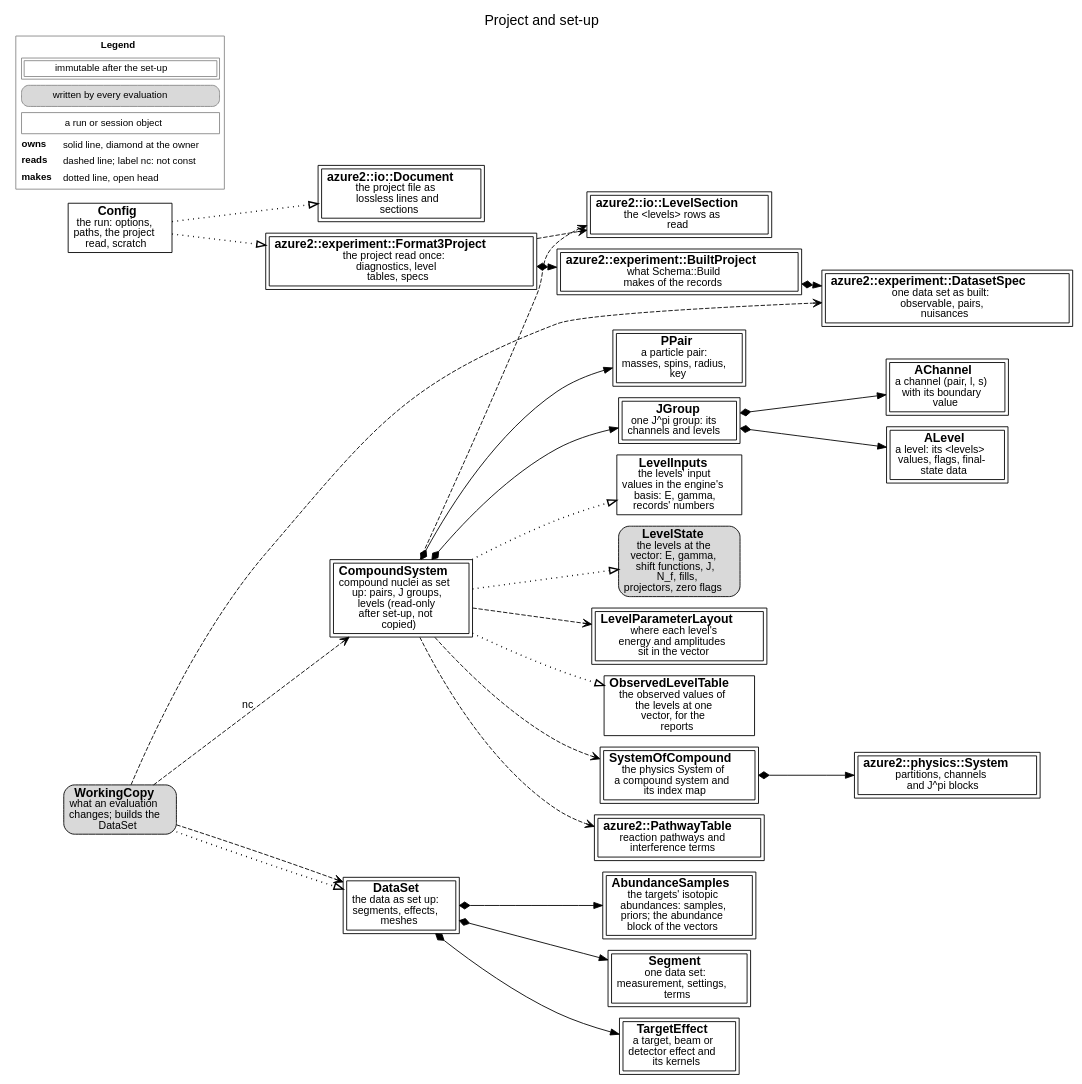
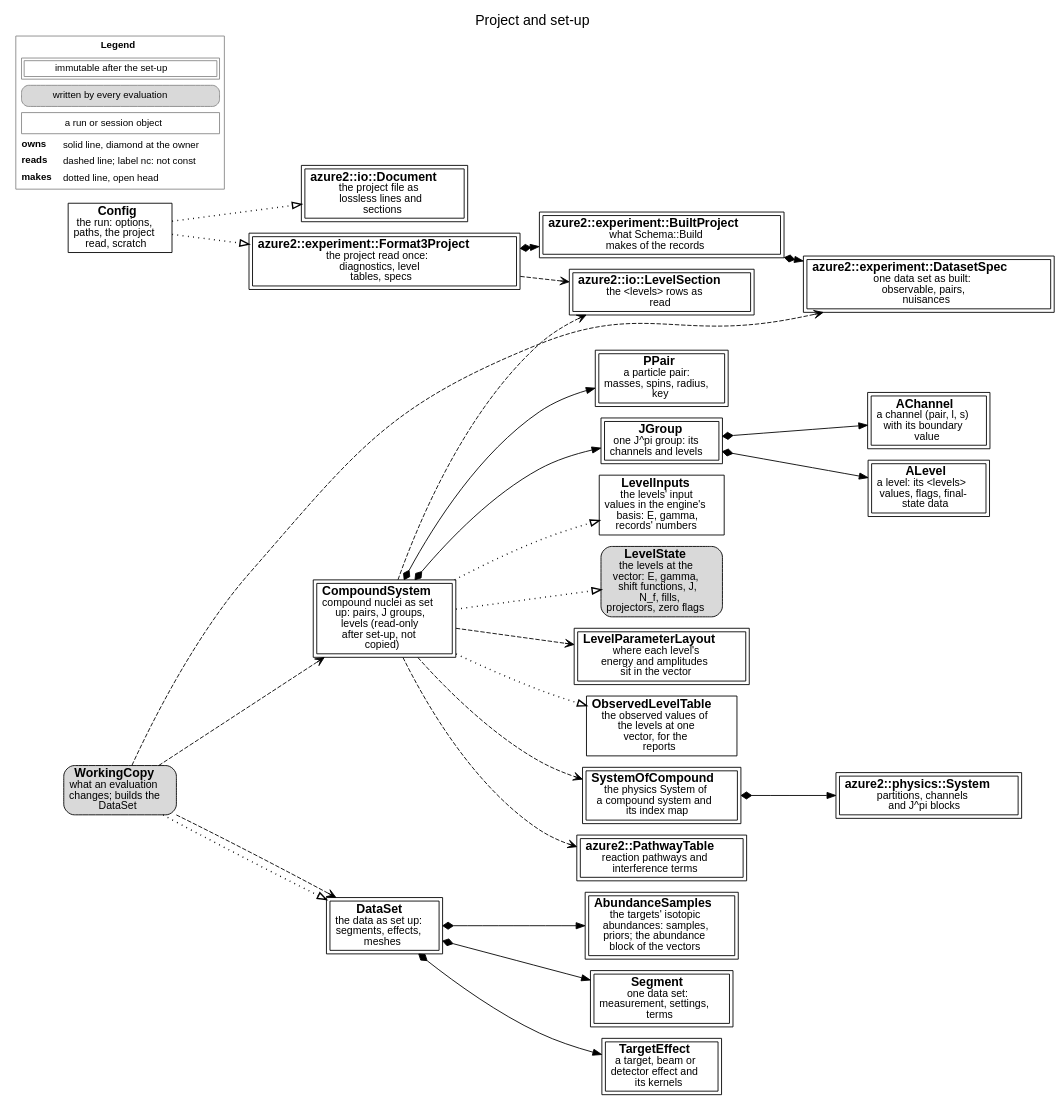
One commit to AZURE2DEV/AZURE2 changed the diagram in docs/source/developer/figures/setup.dot. Above: the diagram before and after it, drawn with Graphviz. The commit also changed 62 other files, not shown here.

```diff
--- a/docs/source/developer/figures/setup.dot
+++ b/docs/source/developer/figures/setup.dot
@@ -1,53 +1,53 @@
 digraph setup {
   graph [rankdir=LR, fontname="Helvetica", fontsize=16, labelloc=t, label="Project and set-up", nodesep=0.18, ranksep=0.3, newrank=true];
   node [fontname="Helvetica", fontsize=14, margin="0.08,0.04"];
   edge [fontname="Helvetica", fontsize=12];
   n_azure2__io__Document [label=<<b>azure2::io::Document</b><br/><font point-size="12">the project file as<br/>lossless lines and<br/>sections</font>>, shape=box, peripheries=2, style="filled", fillcolor="white"];
   n_azure2__io__LevelSection [label=<<b>azure2::io::LevelSection</b><br/><font point-size="12">the &lt;levels&gt; rows as<br/>read</font>>, shape=box, peripheries=2, style="filled", fillcolor="white"];
   n_azure2__experiment__Format3Project [label=<<b>azure2::experiment::Format3Project</b><br/><font point-size="12">the project read once:<br/>diagnostics, level<br/>tables, specs</font>>, shape=box, peripheries=2, style="filled", fillcolor="white"];
   n_azure2__experiment__BuiltProject [label=<<b>azure2::experiment::BuiltProject</b><br/><font point-size="12">what Schema::Build<br/>makes of the records</font>>, shape=box, peripheries=2, style="filled", fillcolor="white"];
   n_azure2__experiment__DatasetSpec [label=<<b>azure2::experiment::DatasetSpec</b><br/><font point-size="12">one data set as built:<br/>observable, pairs,<br/>nuisances</font>>, shape=box, peripheries=2, style="filled", fillcolor="white"];
   n_Config [label=<<b>Config</b><br/><font point-size="12">the run: options,<br/>paths, the project<br/>read, scratch</font>>, shape=box, style="filled", fillcolor="white"];
   n_CompoundSystem [label=<<b>CompoundSystem</b><br/><font point-size="12">compound nuclei as set<br/>up: pairs, J groups,<br/>levels (read-only<br/>after set-up, not<br/>copied)</font>>, shape=box, peripheries=2, style="filled", fillcolor="white"];
   n_PPair [label=<<b>PPair</b><br/><font point-size="12">a particle pair:<br/>masses, spins, radius,<br/>key</font>>, shape=box, peripheries=2, style="filled", fillcolor="white"];
   n_JGroup [label=<<b>JGroup</b><br/><font point-size="12">one J^pi group: its<br/>channels and levels</font>>, shape=box, peripheries=2, style="filled", fillcolor="white"];
   n_AChannel [label=<<b>AChannel</b><br/><font point-size="12">a channel (pair, l, s)<br/>with its boundary<br/>value</font>>, shape=box, peripheries=2, style="filled", fillcolor="white"];
   n_ALevel [label=<<b>ALevel</b><br/><font point-size="12">a level: its &lt;levels&gt;<br/>values, flags, final-<br/>state data</font>>, shape=box, peripheries=2, style="filled", fillcolor="white"];
   n_LevelInputs [label=<<b>LevelInputs</b><br/><font point-size="12">the levels&#x27; input<br/>values in the engine&#x27;s<br/>basis: E, gamma,<br/>records&#x27; numbers</font>>, shape=box, style="filled", fillcolor="white"];
   n_LevelState [label=<<b>LevelState</b><br/><font point-size="12">the levels at the<br/>vector: E, gamma,<br/>shift functions, J,<br/>N_f, fills,<br/>projectors, zero flags</font>>, shape=box, style="rounded,filled", fillcolor="#d9d9d9"];
   n_LevelParameterLayout [label=<<b>LevelParameterLayout</b><br/><font point-size="12">where each level&#x27;s<br/>energy and amplitudes<br/>sit in the vector</font>>, shape=box, peripheries=2, style="filled", fillcolor="white"];
   n_ObservedLevelTable [label=<<b>ObservedLevelTable</b><br/><font point-size="12">the observed values of<br/>the levels at one<br/>vector, for the<br/>reports</font>>, shape=box, style="filled", fillcolor="white"];
   n_SystemOfCompound [label=<<b>SystemOfCompound</b><br/><font point-size="12">the physics System of<br/>a compound system and<br/>its index map</font>>, shape=box, peripheries=2, style="filled", fillcolor="white"];
   n_azure2__physics__System [label=<<b>azure2::physics::System</b><br/><font point-size="12">partitions, channels<br/>and J^pi blocks</font>>, shape=box, peripheries=2, style="filled", fillcolor="white"];
   n_azure2__PathwayTable [label=<<b>azure2::PathwayTable</b><br/><font point-size="12">reaction pathways and<br/>interference terms</font>>, shape=box, peripheries=2, style="filled", fillcolor="white"];
   n_DataSet [label=<<b>DataSet</b><br/><font point-size="12">the data as set up:<br/>segments, effects,<br/>meshes</font>>, shape=box, peripheries=2, style="filled", fillcolor="white"];
   n_AbundanceSamples [label=<<b>AbundanceSamples</b><br/><font point-size="12">the targets&#x27; isotopic<br/>abundances: samples,<br/>priors; the abundance<br/>block of the vectors</font>>, shape=box, peripheries=2, style="filled", fillcolor="white"];
   n_Segment [label=<<b>Segment</b><br/><font point-size="12">one data set:<br/>measurement, settings,<br/>terms</font>>, shape=box, peripheries=2, style="filled", fillcolor="white"];
   n_TargetEffect [label=<<b>TargetEffect</b><br/><font point-size="12">a target, beam or<br/>detector effect and<br/>its kernels</font>>, shape=box, peripheries=2, style="filled", fillcolor="white"];
   n_WorkingCopy [label=<<b>WorkingCopy</b><br/><font point-size="12">what an evaluation<br/>changes; builds the<br/>DataSet</font>>, shape=box, style="rounded,filled", fillcolor="#d9d9d9"];
   n_Config -> n_azure2__io__Document [style=dotted, penwidth=1.6, arrowhead=empty];
   n_Config -> n_azure2__experiment__Format3Project [style=dotted, penwidth=1.6, arrowhead=empty];
   n_azure2__experiment__Format3Project -> n_azure2__io__LevelSection [style=dashed, arrowhead=vee];
   n_azure2__experiment__Format3Project -> n_azure2__experiment__BuiltProject [style=solid, dir=both, arrowtail=diamond, arrowhead=normal];
   n_azure2__experiment__BuiltProject -> n_azure2__experiment__DatasetSpec [style=solid, dir=both, arrowtail=diamond, arrowhead=normal];
   n_CompoundSystem -> n_azure2__io__LevelSection [style=dashed, arrowhead=vee];
   n_CompoundSystem -> n_PPair [style=solid, dir=both, arrowtail=diamond, arrowhead=normal];
   n_CompoundSystem -> n_JGroup [style=solid, dir=both, arrowtail=diamond, arrowhead=normal];
   n_JGroup -> n_AChannel [style=solid, dir=both, arrowtail=diamond, arrowhead=normal];
   n_JGroup -> n_ALevel [style=solid, dir=both, arrowtail=diamond, arrowhead=normal];
   n_CompoundSystem -> n_LevelState [style=dotted, penwidth=1.6, arrowhead=empty];
   n_CompoundSystem -> n_LevelInputs [style=dotted, penwidth=1.6, arrowhead=empty];
   n_CompoundSystem -> n_LevelParameterLayout [style=dashed, arrowhead=vee];
   n_CompoundSystem -> n_ObservedLevelTable [style=dotted, penwidth=1.6, arrowhead=empty];
   n_CompoundSystem -> n_SystemOfCompound [style=dashed, arrowhead=vee];
   n_SystemOfCompound -> n_azure2__physics__System [style=solid, dir=both, arrowtail=diamond, arrowhead=normal];
   n_CompoundSystem -> n_azure2__PathwayTable [style=dashed, arrowhead=vee];
   n_WorkingCopy -> n_azure2__experiment__DatasetSpec [style=dashed, arrowhead=vee];
-  n_WorkingCopy -> n_CompoundSystem [style=dashed, arrowhead=vee, label=" nc"];
+  n_WorkingCopy -> n_CompoundSystem [style=dashed, arrowhead=vee];
   n_WorkingCopy -> n_DataSet [style=dotted, penwidth=1.6, arrowhead=empty];
   n_WorkingCopy -> n_DataSet [style=dashed, arrowhead=vee];
   n_DataSet -> n_Segment [style=solid, dir=both, arrowtail=diamond, arrowhead=normal];
   n_DataSet -> n_TargetEffect [style=solid, dir=both, arrowtail=diamond, arrowhead=normal];
   n_DataSet -> n_AbundanceSamples [style=solid, dir=both, arrowtail=diamond, arrowhead=normal];
   legend [shape=plaintext, fontsize=11, label=<<TABLE BORDER="1" CELLBORDER="0" CELLSPACING="3" COLOR="#888888"><TR><TD COLSPAN="2"><B>Legend</B></TD></TR><TR><TD COLSPAN="2"><TABLE BORDER="1" CELLBORDER="1" CELLSPACING="2" CELLPADDING="2"><TR><TD>immutable after the set-up</TD></TR></TABLE></TD></TR><TR><TD COLSPAN="2"><TABLE BORDER="1" CELLBORDER="0" CELLPADDING="3" STYLE="rounded" BGCOLOR="#d9d9d9"><TR><TD>written by every evaluation</TD></TR></TABLE></TD></TR><TR><TD COLSPAN="2"><TABLE BORDER="1" CELLBORDER="0" CELLPADDING="3" ><TR><TD>a run or session object</TD></TR></TABLE></TD></TR><TR><TD ALIGN="LEFT"><B>owns</B></TD><TD ALIGN="LEFT">solid line, diamond at the owner</TD></TR><TR><TD ALIGN="LEFT"><B>reads</B></TD><TD ALIGN="LEFT">dashed line; label nc: not const</TD></TR><TR><TD ALIGN="LEFT"><B>makes</B></TD><TD ALIGN="LEFT">dotted line, open head</TD></TR></TABLE>>];
 }
```
